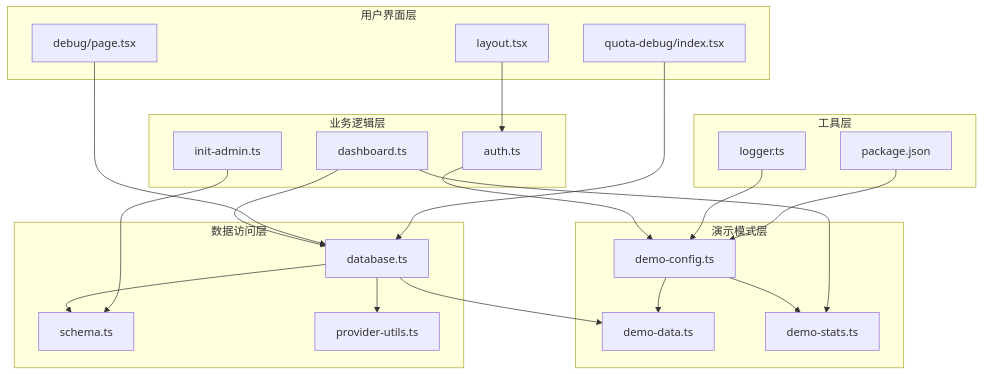
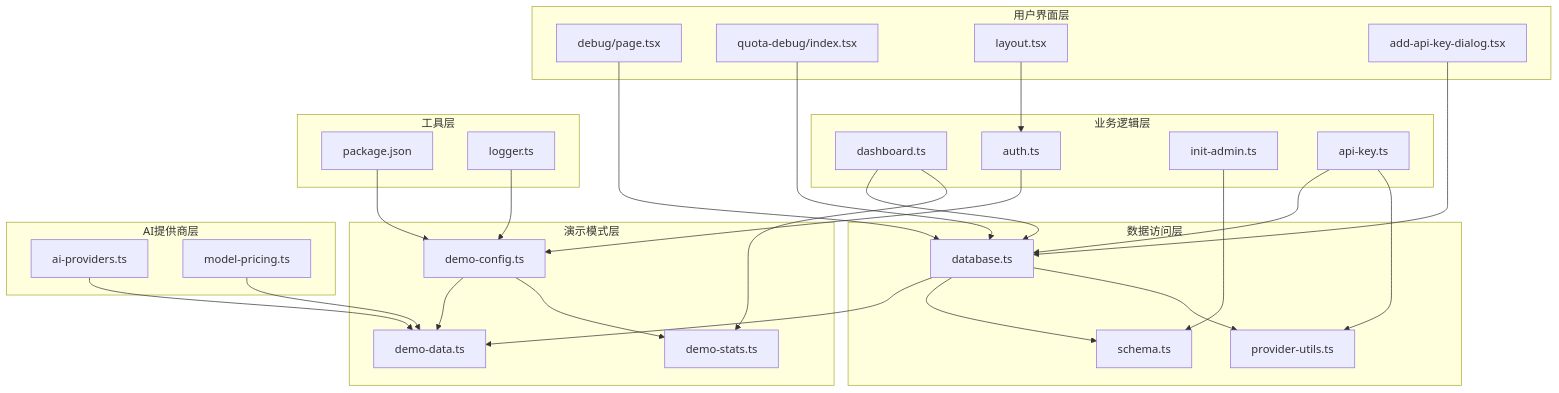
One commit to RadiumAg/AIGate changed the tenth of 10 diagrams in .qoder/repowiki/zh/content/核心功能/演示模式系统.md. Above: the diagram before and after it, drawn with Mermaid. The commit also changed other lines of this file and 3 other files, not shown here.

````diff
--- a/.qoder/repowiki/zh/content/核心功能/演示模式系统.md
+++ b/.qoder/repowiki/zh/content/核心功能/演示模式系统.md
@@ -468,41 +568,52 @@
 ```mermaid
 graph TB
 subgraph "演示模式层"
 DC[demo-config.ts]
 DD[demo-data.ts]
 DS[demo-stats.ts]
 end
 subgraph "数据访问层"
 DB[database.ts]
 SC[schema.ts]
 PU[provider-utils.ts]
 end
 subgraph "业务逻辑层"
 DR[dashboard.ts]
 AU[auth.ts]
 IL[init-admin.ts]
+AK[api-key.ts]
+end
+subgraph "AI提供商层"
+AP[ai-providers.ts]
+MP[model-pricing.ts]
 end
 subgraph "用户界面层"
 DP[debug/page.tsx]
 QD[quota-debug/index.tsx]
 LYT[layout.tsx]
+ADD[add-api-key-dialog.tsx]
 end
 subgraph "工具层"
 PKG[package.json]
 LG[logger.ts]
 end
 DC --> DD
 DC --> DS
 DB --> DD
 DB --> SC
 DB --> PU
 DR --> DB
 DR --> DS
 AU --> DC
 IL --> SC
+AK --> DB
+AK --> PU
+AP --> DD
+MP --> DD
 DP --> DB
 QD --> DB
 LYT --> AU
+ADD --> DB
 LG --> DC
 PKG --> DC
 ```
````
